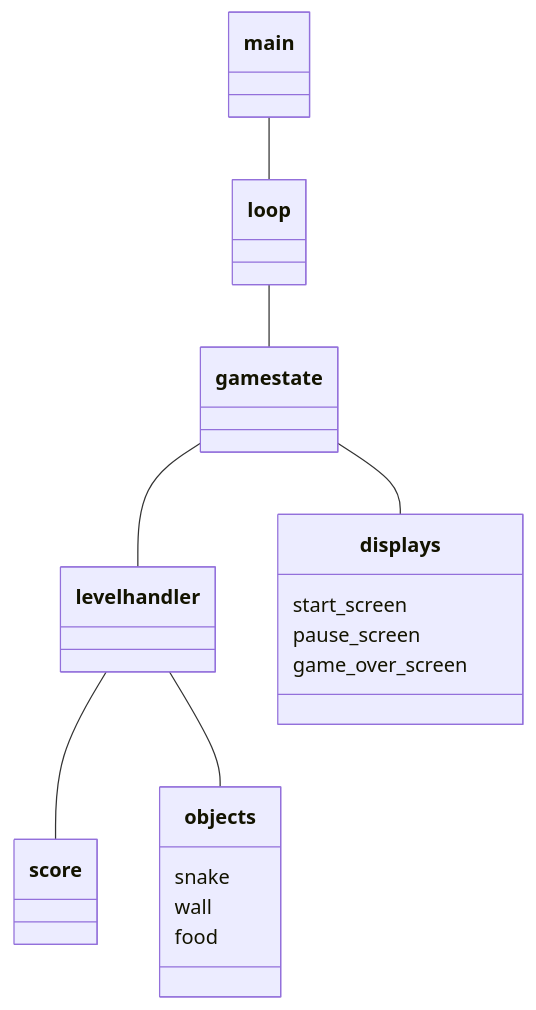
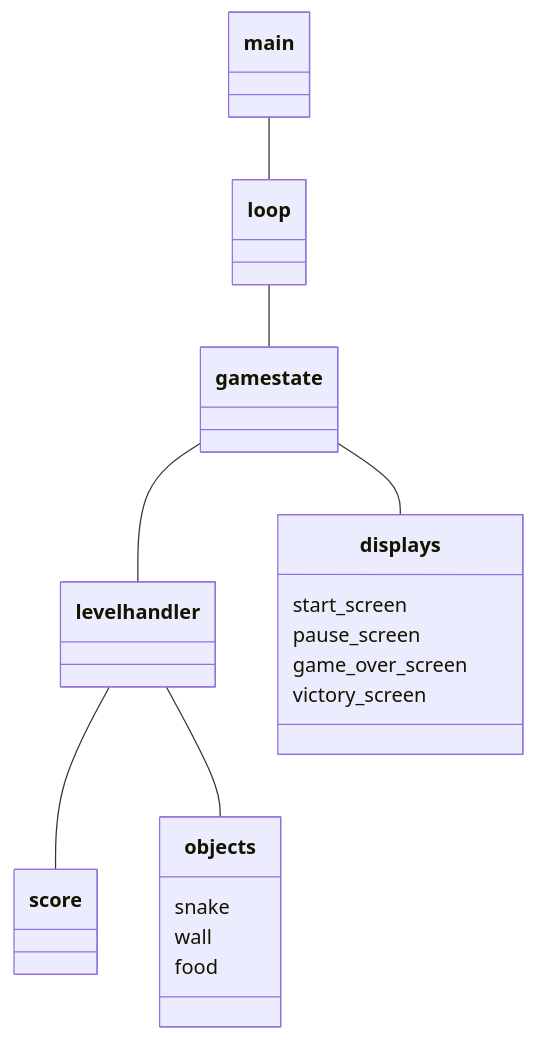
One commit to valttteri/ot-harjoitustyo changed the diagram in dokumentaatio/arkkitehtuuri.md. Above: the diagram before and after it, drawn with Mermaid.

````diff
--- a/dokumentaatio/arkkitehtuuri.md
+++ b/dokumentaatio/arkkitehtuuri.md
@@ -1,21 +1,22 @@
 ```mermaid
  classDiagram
     main -- loop
     loop -- gamestate
     gamestate -- levelhandler
     gamestate -- displays
     levelhandler -- score
     levelhandler -- objects
 
   class displays {
     start_screen
     pause_screen
     game_over_screen
+    victory_screen
 }
 
   class objects {
     snake
     wall
     food
 }
 ```
````
